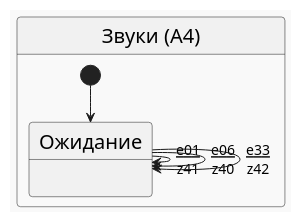
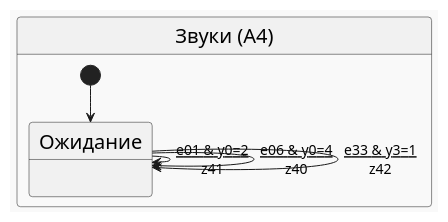
Before and after one commit to PhoenixNazarov/fsm-multiply: the diagram in articles/multiply_many_nested/puml/a4.puml, drawn with PlantUML. The commit also changed 10 other files, not shown here.

```diff
--- a/articles/multiply_many_nested/puml/a4.puml
+++ b/articles/multiply_many_nested/puml/a4.puml
@@ -1,12 +1,12 @@
 @startuml
 !theme mars
 skinparam stateFontSize 20
 skinparam arrowFontSize 14
 state "Звуки (A4)" as A4 {
     [*] --> A40
     state "Ожидание" as A40 : 
-    A40 --> A40 : <u>e01\nz41
-    A40 --> A40 : <u>e06\nz40
-    A40 --> A40 : <u>e33\nz42
+    A40 --> A40 : <u>e01 & y0=2\nz41
+    A40 --> A40 : <u>e06 & y0=4\nz40
+    A40 --> A40 : <u>e33 & y3=1\nz42
 }
 @enduml
```
